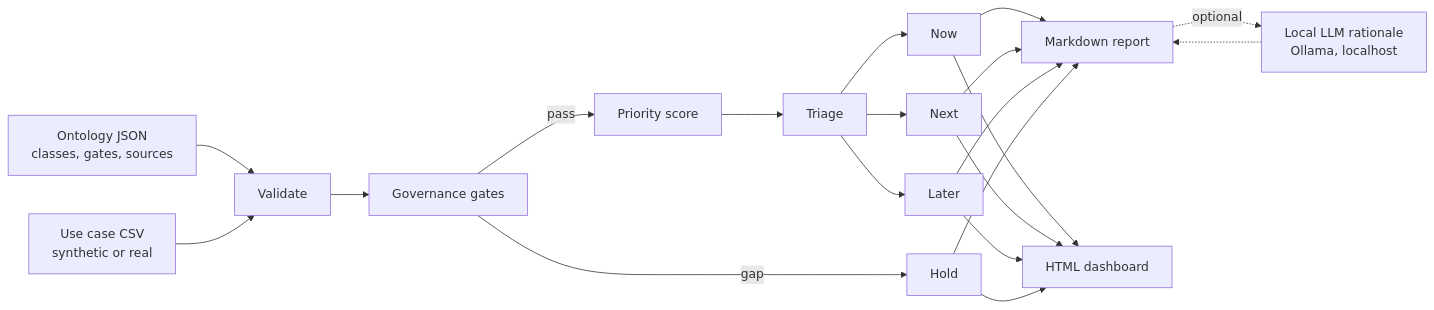
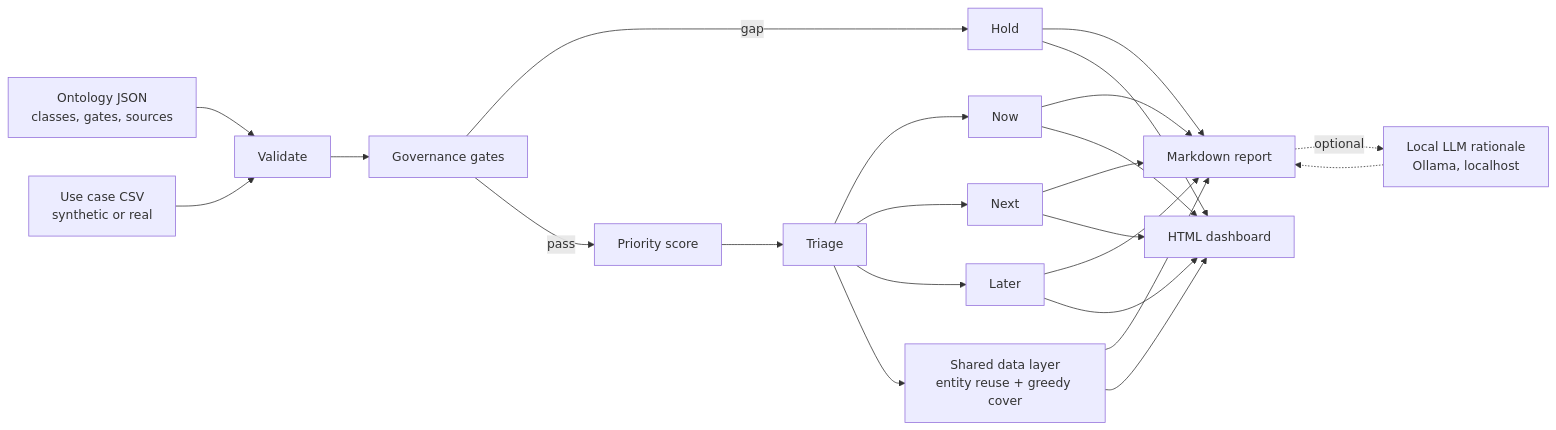
Before and after one commit to noxnoxdata/ai-use-case-portfolio: the diagram in README.md, drawn with Mermaid. The commit also changed other lines of this file and 11 other files, not shown here.

Commit message:
Add shared data layer analysis, score explainability, Copilot skill, and decks

````diff
--- a/README.md
+++ b/README.md
@@ -38,22 +39,25 @@
 ```mermaid
 flowchart LR
     A[Ontology JSON<br/>classes, gates, sources] --> V[Validate]
     B[Use case CSV<br/>synthetic or real] --> V
     V --> G[Governance gates]
     G -->|gap| H[Hold]
     G -->|pass| S[Priority score]
     S --> T[Triage]
     T --> N[Now]
     T --> X[Next]
     T --> L[Later]
     N --> R[Markdown report]
     X --> R
     L --> R
     H --> R
     N --> D[HTML dashboard]
     X --> D
     L --> D
     H --> D
+    T --> SL[Shared data layer<br/>entity reuse + greedy cover]
+    SL --> R
+    SL --> D
     R -.optional.-> LLM[Local LLM rationale<br/>Ollama, localhost]
     LLM -.-> R
 ```
````
